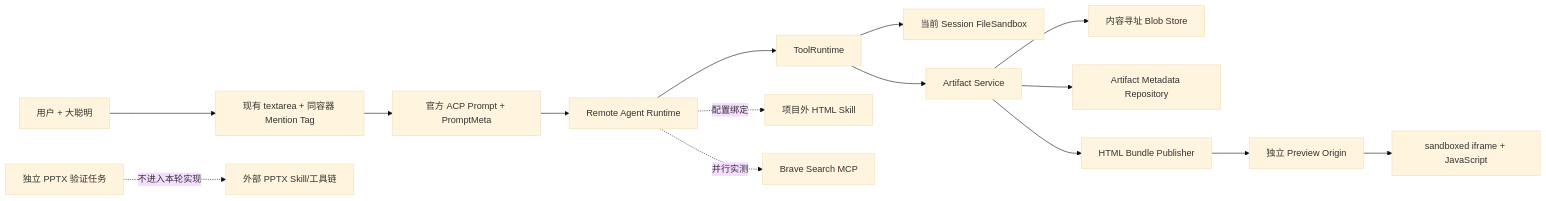
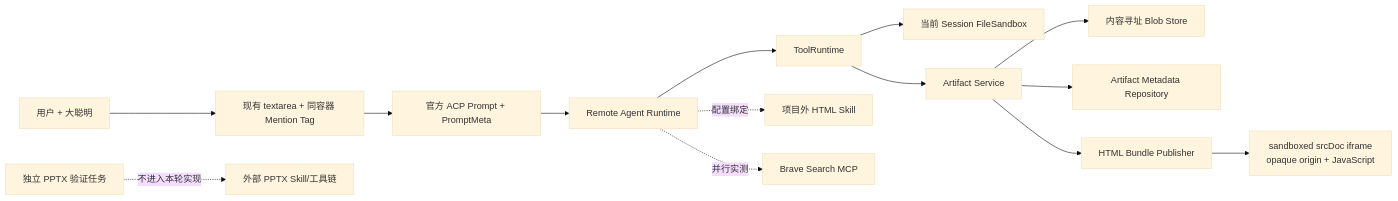
The first of 2 diagrams in product/产物与HTML-PPT生成链路升级-202608171455/产物与HTML-PPT生成链路升级-trd.md (bambibren/Models-Kindergarten), drawn with Mermaid (base theme) before and after one commit. The commit also changed other lines of this file and 71 other files, not shown here.

````diff
--- a/product/产物与HTML-PPT生成链路升级-202608171455/产物与HTML-PPT生成链路升级-trd.md
+++ b/product/产物与HTML-PPT生成链路升级-202608171455/产物与HTML-PPT生成链路升级-trd.md
@@ -172,18 +168,17 @@
 ```mermaid
 flowchart LR
     U["用户 + 大聪明"] --> C["现有 textarea + 同容器 Mention Tag"]
     C --> A["官方 ACP Prompt + PromptMeta"]
     A --> R["Remote Agent Runtime"]
     R --> T["ToolRuntime"]
     T --> F["当前 Session FileSandbox"]
     T --> AR["Artifact Service"]
     AR --> BS["内容寻址 Blob Store"]
     AR --> MR["Artifact Metadata Repository"]
     AR --> HP["HTML Bundle Publisher"]
-    HP --> O["独立 Preview Origin"]
-    O --> I["sandboxed iframe + JavaScript"]
+    HP --> I["sandboxed srcDoc iframe<br/>opaque origin + JavaScript"]
 
     R -. "配置绑定" .-> ES["项目外 HTML Skill"]
     R -. "并行实测" .-> BM["Brave Search MCP"]
     PT["独立 PPTX 验证任务"] -. "不进入本轮实现" .-> XP["外部 PPTX Skill/工具链"]
 ```
````
